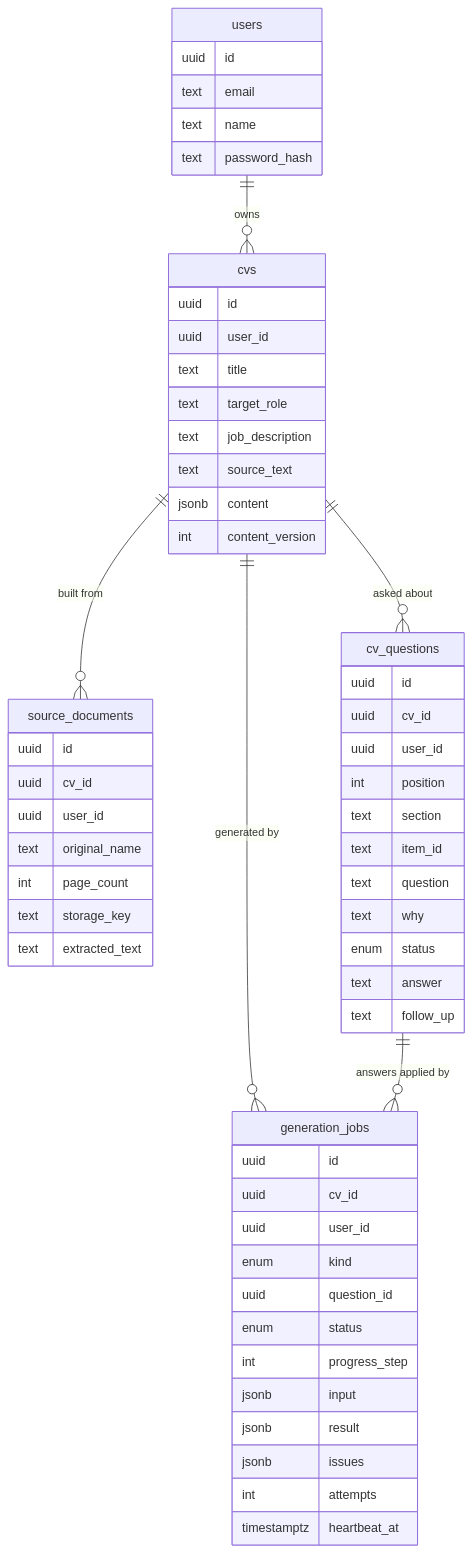
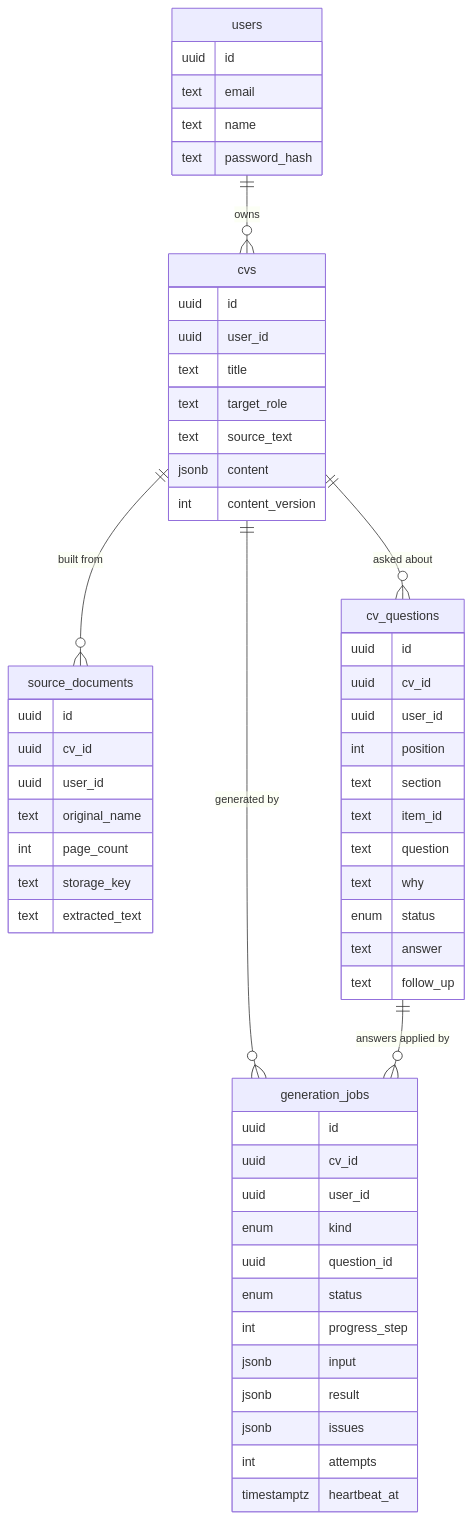
Before and after one commit to maxduma/ai_cv_builder: the second of 3 diagrams in README.md, drawn with Mermaid. The commit also changed other lines of this file, not shown here.

````diff
--- a/README.md
+++ b/README.md
@@ -193,13 +216,13 @@
 ```mermaid
 erDiagram
   users ||--o{ cvs : owns
   cvs ||--o{ generation_jobs : "generated by"
   cvs ||--o{ source_documents : "built from"
   cvs ||--o{ cv_questions : "asked about"
   cv_questions ||--o{ generation_jobs : "answers applied by"
   users { uuid id  text email  text name  text password_hash }
-  cvs { uuid id  uuid user_id  text title  text target_role  text job_description  text source_text  jsonb content  int content_version }
+  cvs { uuid id  uuid user_id  text title  text target_role  text source_text  jsonb content  int content_version }
   generation_jobs { uuid id  uuid cv_id  uuid user_id  enum kind  uuid question_id  enum status  int progress_step  jsonb input  jsonb result  jsonb issues  int attempts  timestamptz heartbeat_at }
   cv_questions { uuid id  uuid cv_id  uuid user_id  int position  text section  text item_id  text question  text why  enum status  text answer  text follow_up }
   source_documents { uuid id  uuid cv_id  uuid user_id  text original_name  int page_count  text storage_key  text extracted_text }
 ```
````
